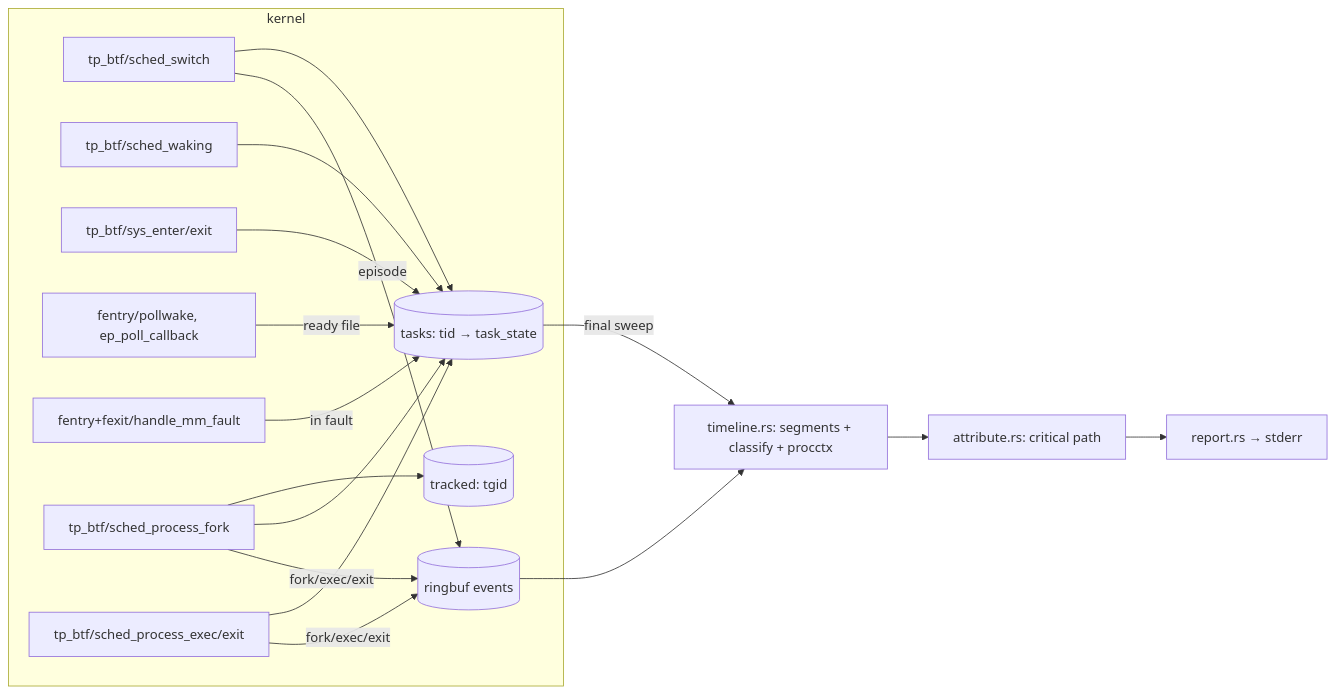
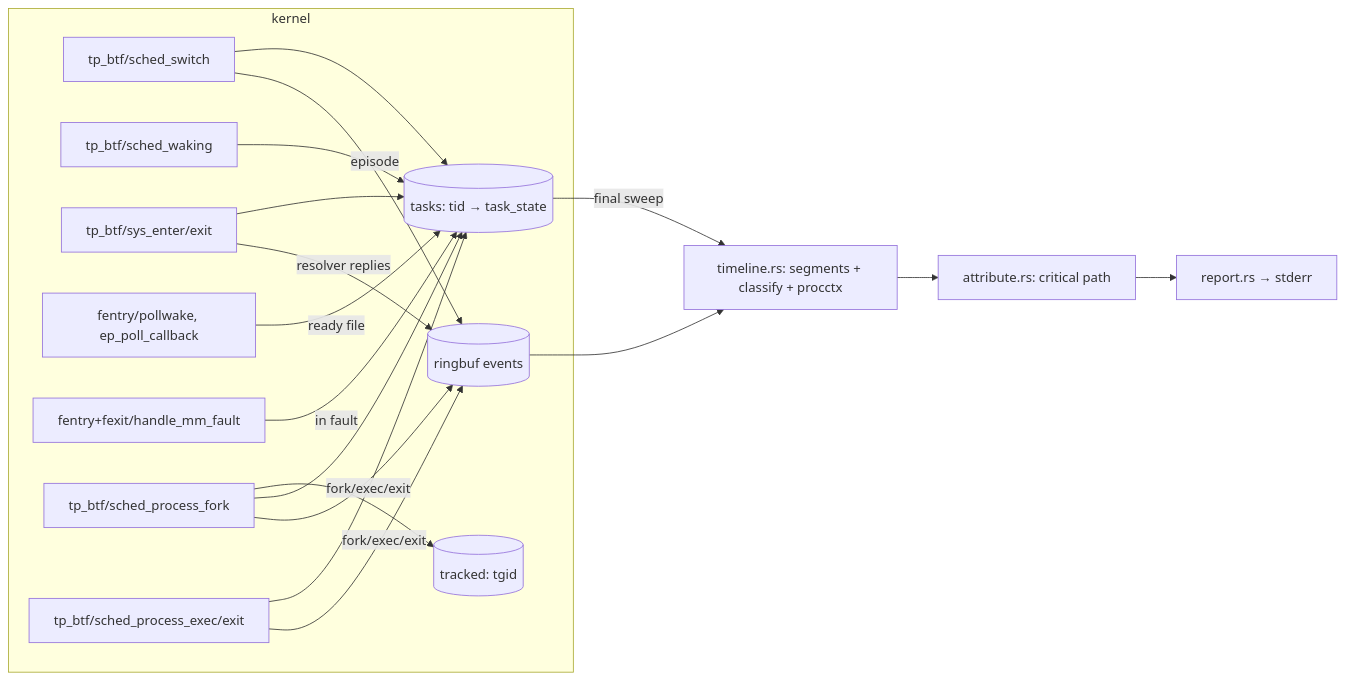
One commit to Arinerron/whytime changed the diagram in AGENTS.md. Above: the diagram before and after it, drawn with Mermaid. The commit also changed other lines of this file and 19 other files, not shown here.

````diff
--- a/AGENTS.md
+++ b/AGENTS.md
@@ -123,18 +126,19 @@
 ```mermaid
 flowchart LR
   subgraph kernel
     SW[tp_btf/sched_switch] --> TS[(tasks: tid → task_state)]
     WK[tp_btf/sched_waking] --> TS
     SE[tp_btf/sys_enter/exit] --> TS
+    SE -- resolver replies --> RB
     PW[fentry/pollwake, ep_poll_callback] -- ready file --> TS
     MF[fentry+fexit/handle_mm_fault] -- in fault --> TS
     FK[tp_btf/sched_process_fork] --> TR[(tracked: tgid)]
     FK --> TS
     EX[tp_btf/sched_process_exec/exit] --> TS
     SW -- episode --> RB[(ringbuf events)]
     FK & EX -- fork/exec/exit --> RB
   end
   RB --> TL[timeline.rs: segments + classify + procctx]
   TS -- final sweep --> TL
   TL --> AT[attribute.rs: critical path] --> RP[report.rs → stderr]
 ```
````
